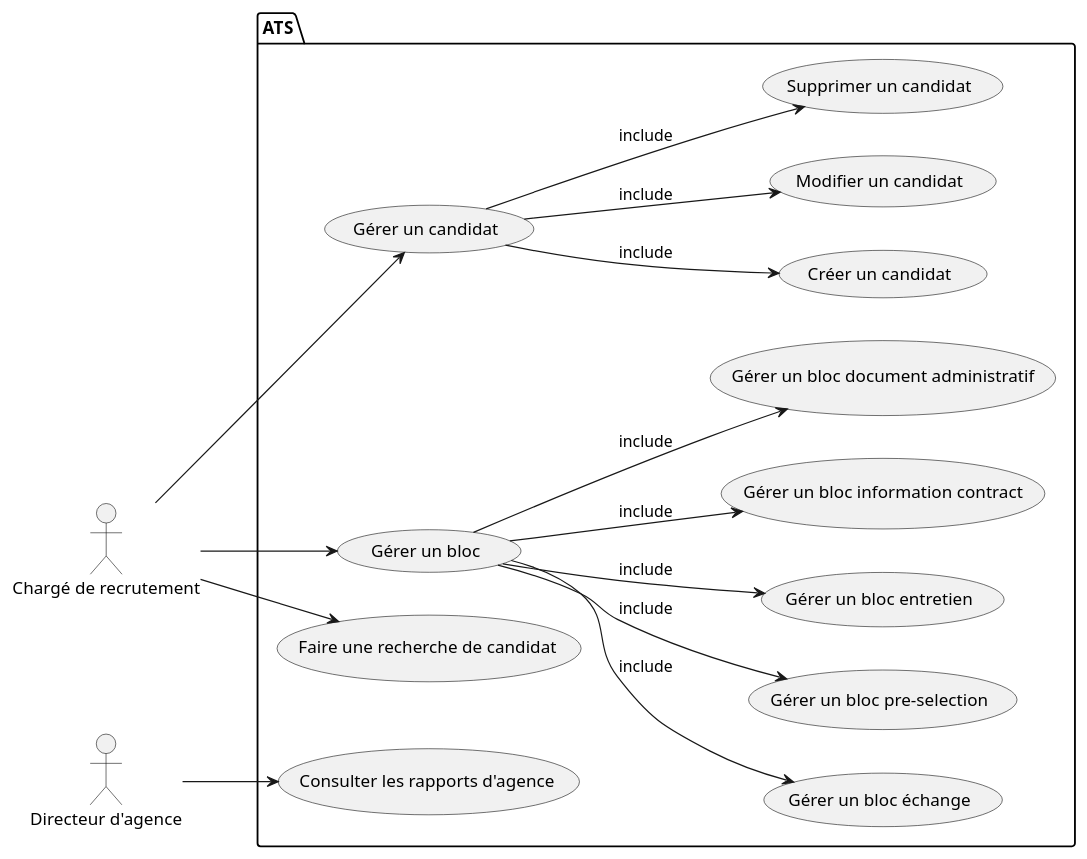
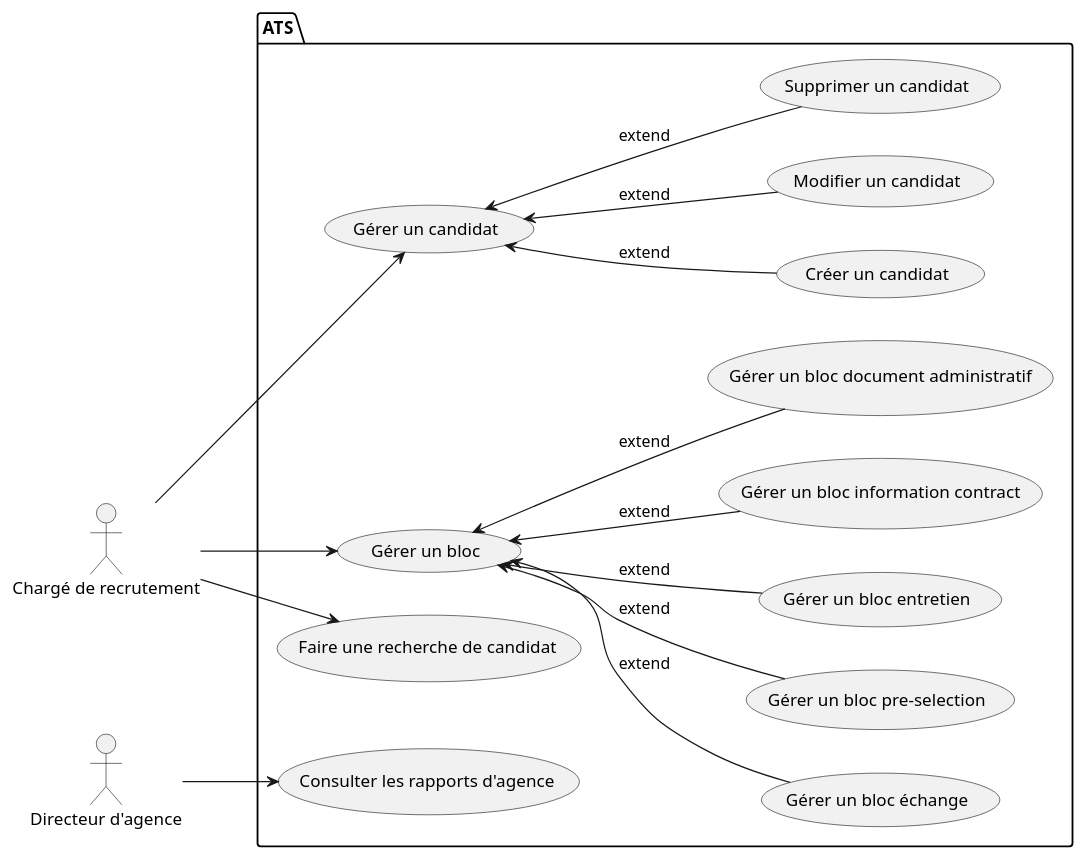
The fifth of 6 diagrams in README.md (QuentinVdr/CompoMetier), drawn with PlantUML before and after one commit. The commit also changed other lines of this file, not shown here.

Commit message:
✨ Update UML diagrams in README.md

````diff
--- a/README.md
+++ b/README.md
@@ -79,33 +98,33 @@
 ```plantuml
 @startuml
 left to right direction
 actor "Chargé de recrutement" as cr
 actor "Directeur d'agence" as ad
 package ATS {
   usecase "Gérer un candidat" as UC1
   usecase "Créer un candidat" as UC11
   usecase "Modifier un candidat" as UC12
   usecase "Supprimer un candidat" as UC13
   usecase "Gérer un bloc" as UC2
   usecase "Gérer un bloc échange" as UC21
   usecase "Gérer un bloc pre-selection" as UC22
   usecase "Gérer un bloc entretien" as UC23
   usecase "Gérer un bloc information contract" as UC24
   usecase "Gérer un bloc document administratif" as UC25
   usecase "Faire une recherche de candidat" as UC3
   usecase "Consulter les rapports d'agence" as ADUC1
 }
 cr --> UC1
-UC1 --> UC11 : include
-UC1 --> UC12 : include
-UC1 --> UC13 : include
+UC1 <-- UC11 : extend
+UC1 <-- UC12 : extend
+UC1 <-- UC13 : extend
 cr --> UC2
-UC2 --> UC21 : include
-UC2 --> UC22 : include
-UC2 --> UC23 : include
-UC2 --> UC24 : include
-UC2 --> UC25 : include
+UC2 <-- UC21 : extend
+UC2 <-- UC22 : extend
+UC2 <-- UC23 : extend
+UC2 <-- UC24 : extend
+UC2 <-- UC25 : extend
 cr --> UC3
 ad --> ADUC1
 @enduml
 ```
````
